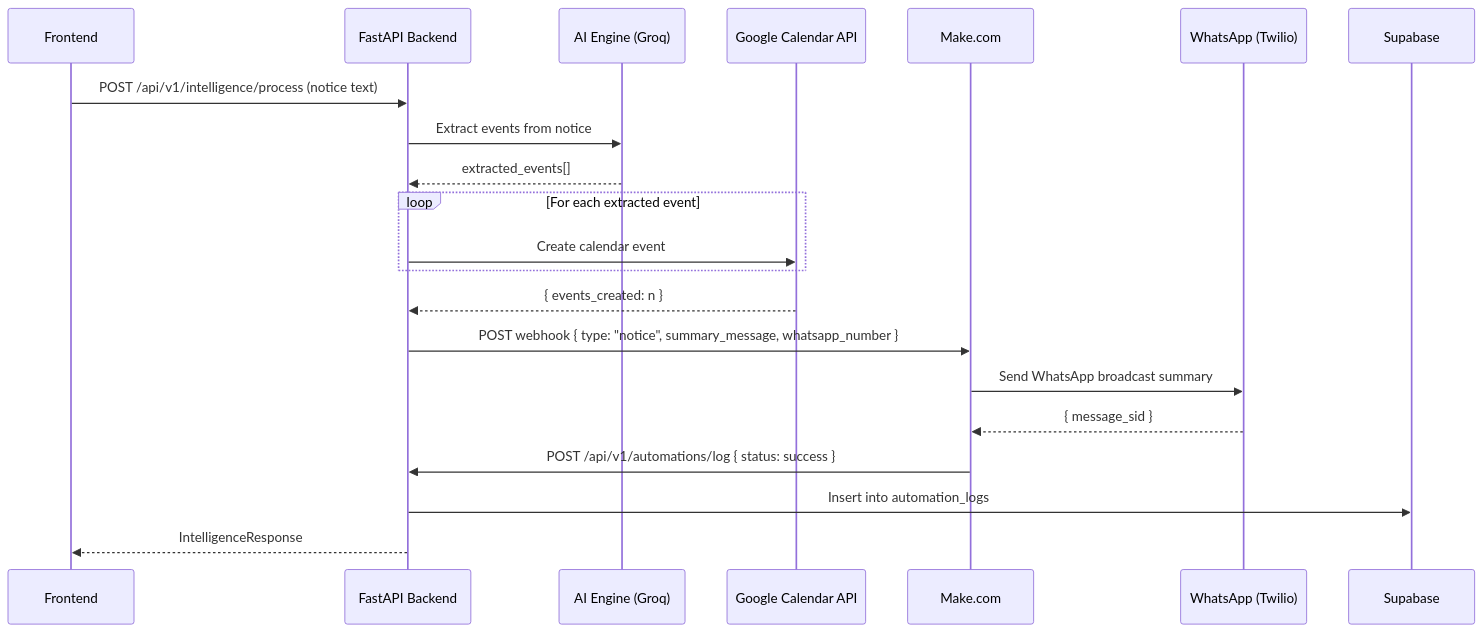
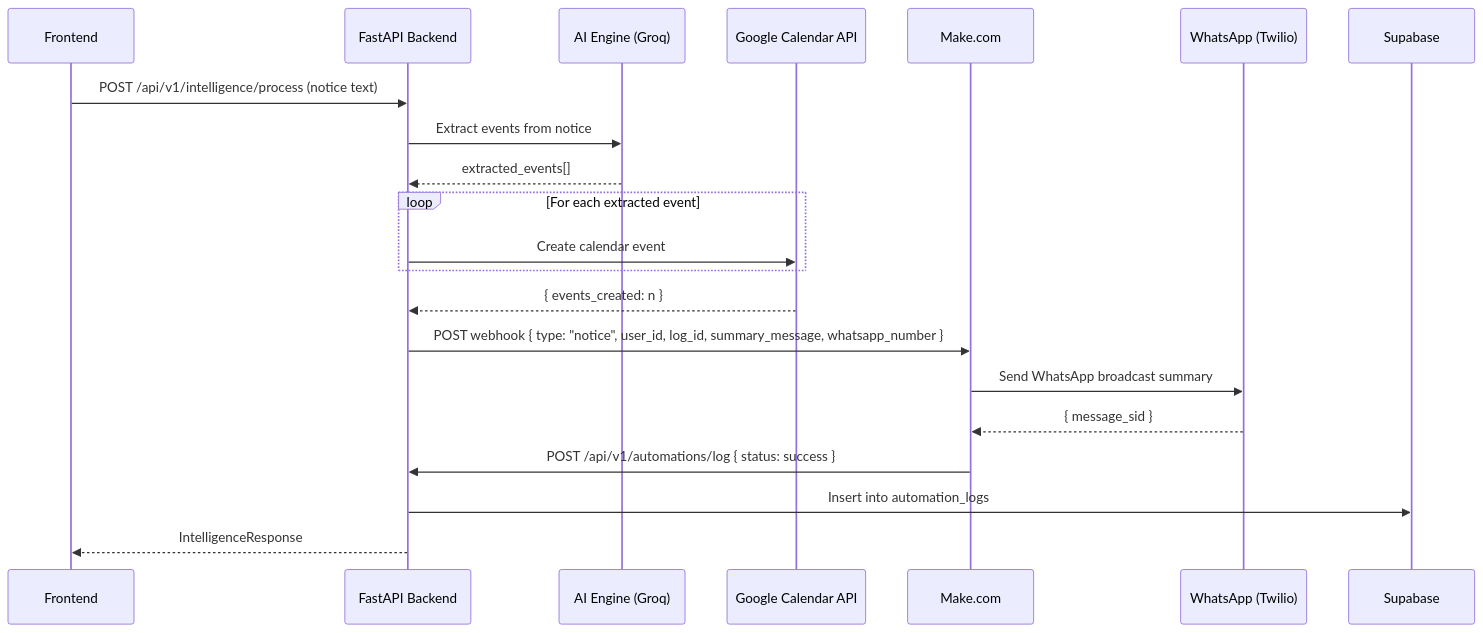
One commit to AdharshJolly/Academix changed the third of 4 diagrams in docs/AUTOMATION_PLAN.md. Above: the diagram before and after it, drawn with Mermaid. The commit also changed other lines of this file and 28 other files, not shown here.

````diff
--- a/docs/AUTOMATION_PLAN.md
+++ b/docs/AUTOMATION_PLAN.md
@@ -107,24 +107,24 @@
 ```mermaid
 sequenceDiagram
     participant FE as Frontend
     participant BE as FastAPI Backend
     participant AI as AI Engine (Groq)
     participant GC as Google Calendar API
     participant MK as Make.com
     participant WA as WhatsApp (Twilio)
     participant DB as Supabase
 
     FE->>BE: POST /api/v1/intelligence/process (notice text)
     BE->>AI: Extract events from notice
     AI-->>BE: extracted_events[]
     loop For each extracted event
         BE->>GC: Create calendar event
     end
     GC-->>BE: { events_created: n }
-    BE->>MK: POST webhook { type: "notice", summary_message, whatsapp_number }
+    BE->>MK: POST webhook { type: "notice", user_id, log_id, summary_message, whatsapp_number }
     MK->>WA: Send WhatsApp broadcast summary
     WA-->>MK: { message_sid }
     MK->>BE: POST /api/v1/automations/log { status: success }
     BE->>DB: Insert into automation_logs
     BE-->>FE: IntelligenceResponse
 ```
````
